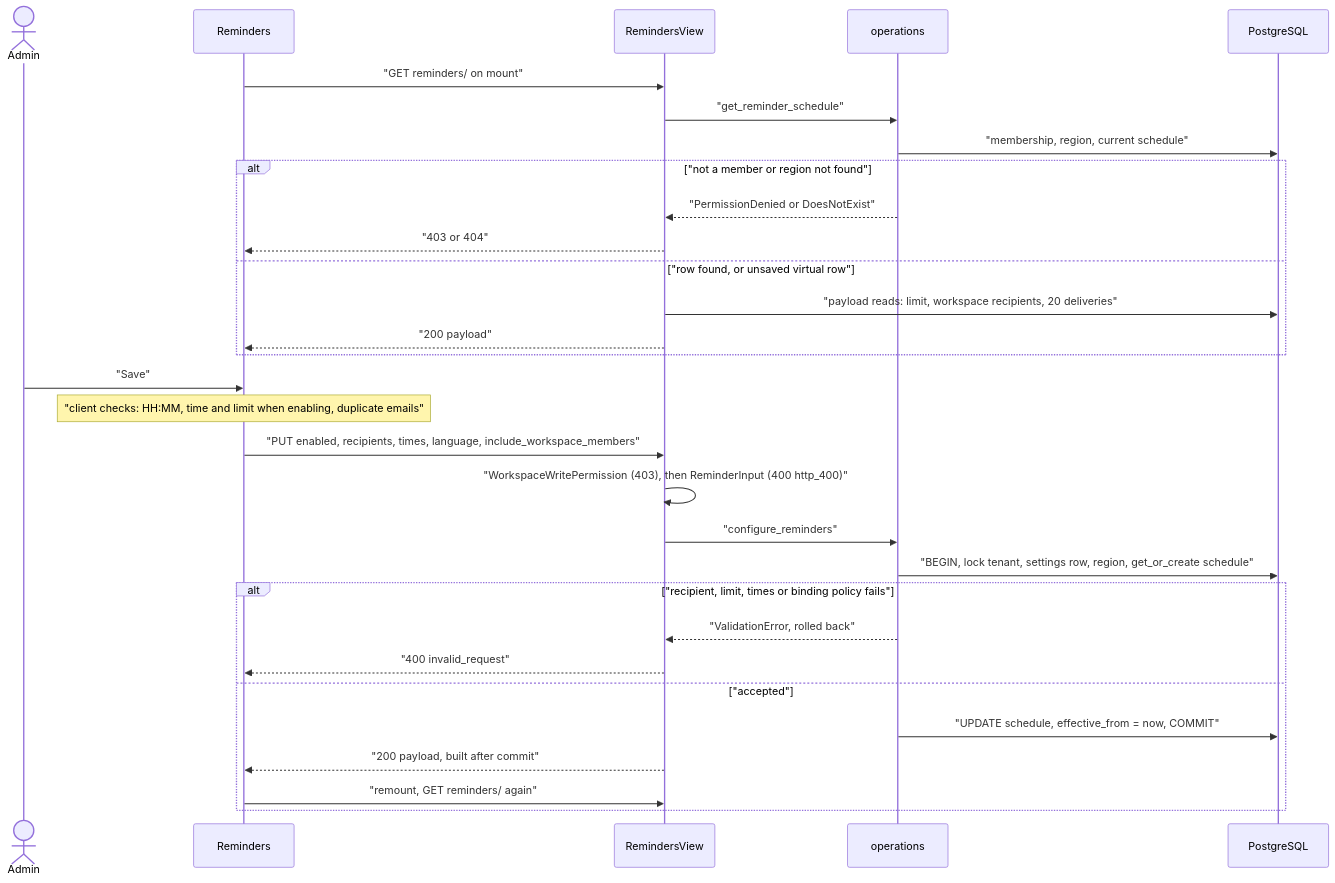
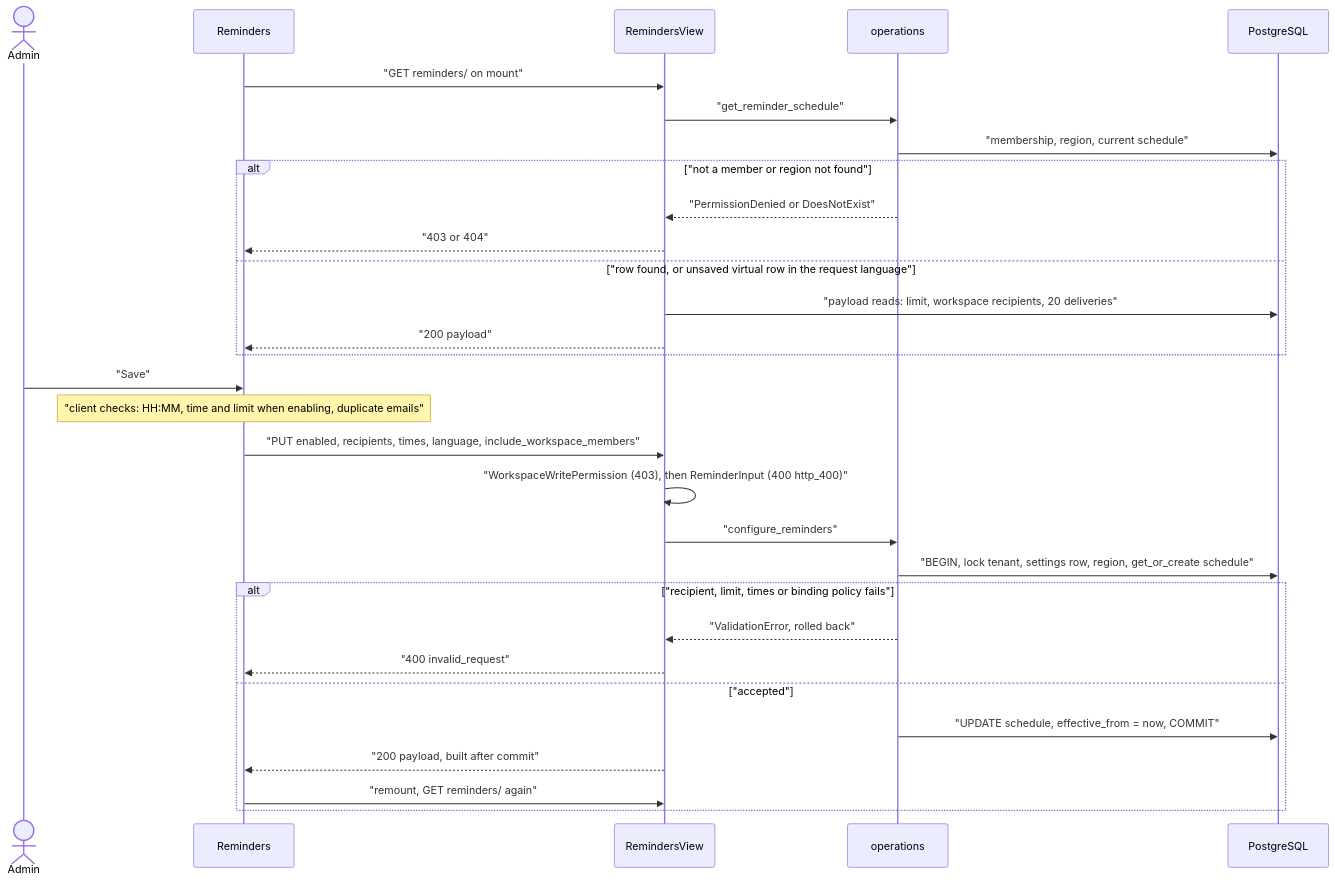
The diagram in docs/flows/reminder-configuration.md (erkurtharun/pyracast), drawn with Mermaid before and after one commit. The commit also changed 51 other files, not shown here.

````diff
--- a/docs/flows/reminder-configuration.md
+++ b/docs/flows/reminder-configuration.md
@@ -13,32 +13,32 @@
 ```mermaid
 sequenceDiagram
     actor A as Admin
     participant U as Reminders
     participant V as RemindersView
     participant O as operations
     participant D as PostgreSQL
     U->>V: "GET reminders/ on mount"
     V->>O: "get_reminder_schedule"
     O->>D: "membership, region, current schedule"
     alt "not a member or region not found"
         O-->>V: "PermissionDenied or DoesNotExist"
         V-->>U: "403 or 404"
-    else "row found, or unsaved virtual row"
+    else "row found, or unsaved virtual row in the request language"
         V->>D: "payload reads: limit, workspace recipients, 20 deliveries"
         V-->>U: "200 payload"
     end
     A->>U: "Save"
     Note over U: "client checks: HH:MM, time and limit when enabling, duplicate emails"
     U->>V: "PUT enabled, recipients, times, language, include_workspace_members"
     V->>V: "WorkspaceWritePermission (403), then ReminderInput (400 http_400)"
     V->>O: "configure_reminders"
     O->>D: "BEGIN, lock tenant, settings row, region, get_or_create schedule"
     alt "recipient, limit, times or binding policy fails"
         O-->>V: "ValidationError, rolled back"
         V-->>U: "400 invalid_request"
     else "accepted"
         O->>D: "UPDATE schedule, effective_from = now, COMMIT"
         V-->>U: "200 payload, built after commit"
         U->>V: "remount, GET reminders/ again"
     end
 ```
````
